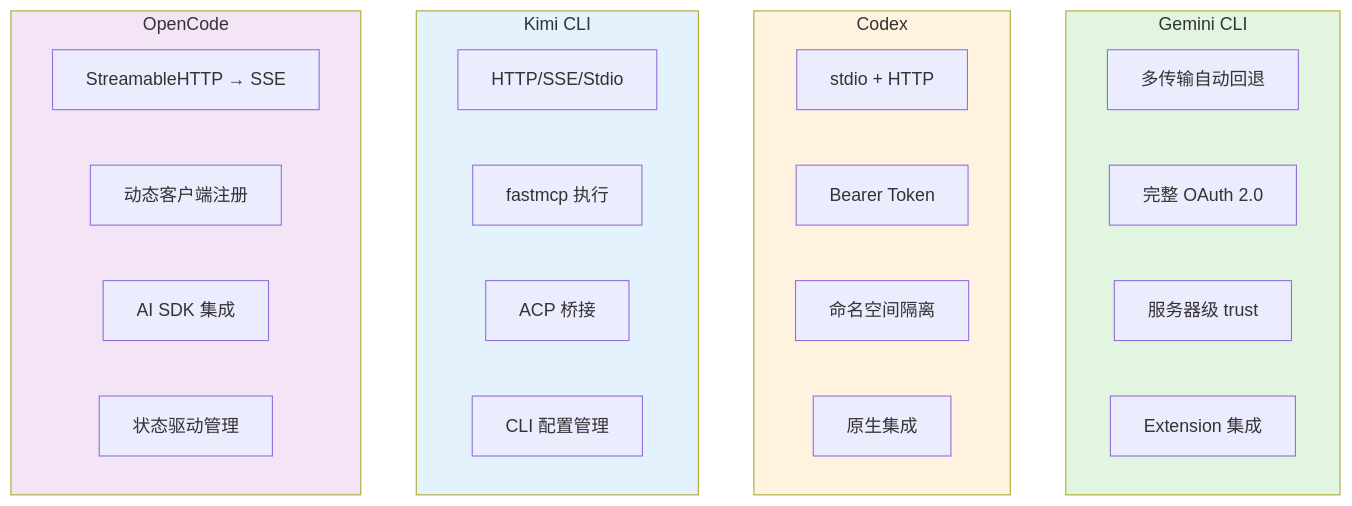
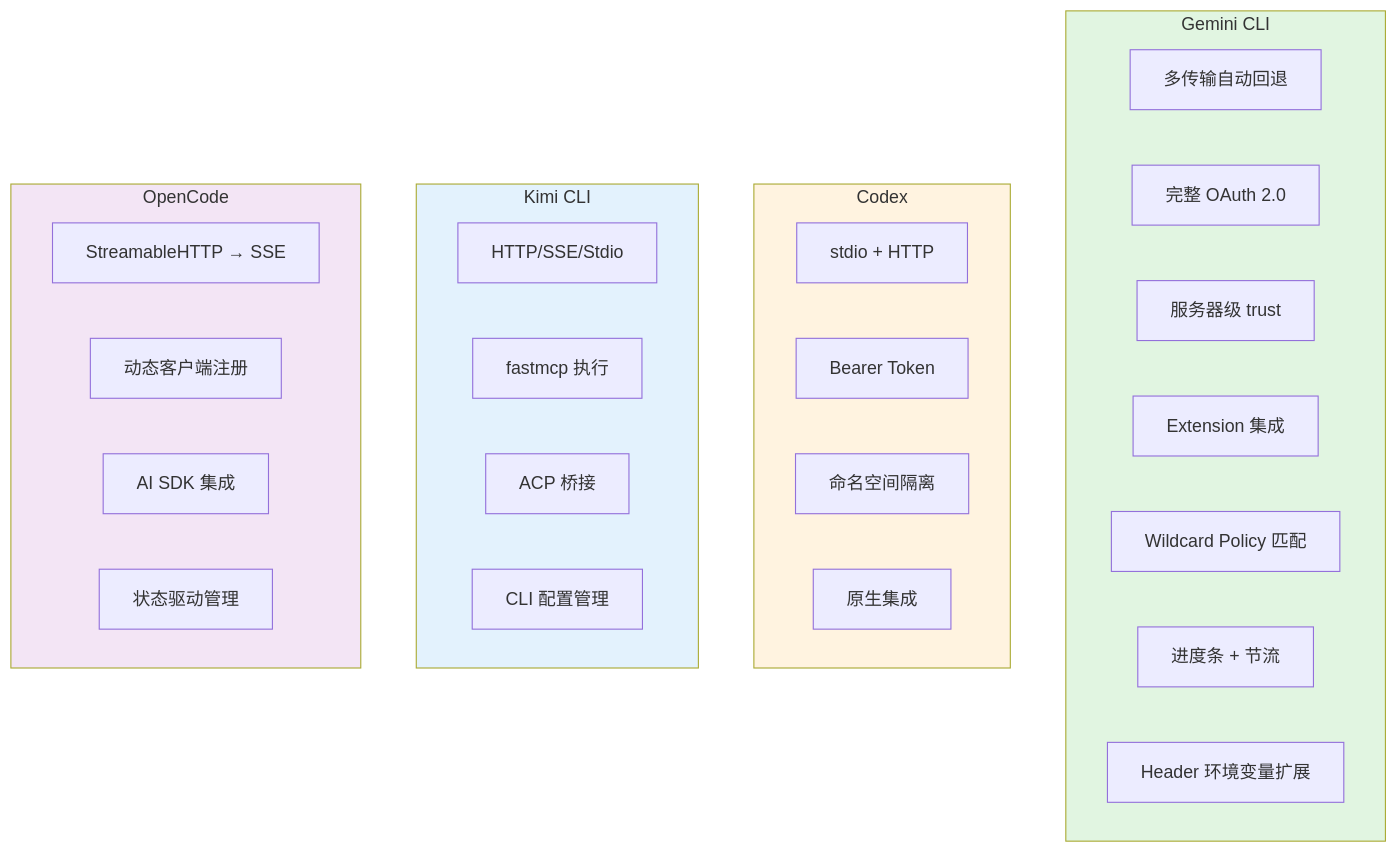
The tenth of 10 diagrams in docs/gemini-cli/06-gemini-cli-mcp-integration.md (giraffe-tree/agent-base), drawn with Mermaid before and after one commit. The commit also changed other lines of this file and 15 other files, not shown here.

````diff
--- a/docs/gemini-cli/06-gemini-cli-mcp-integration.md
+++ b/docs/gemini-cli/06-gemini-cli-mcp-integration.md
@@ -749,35 +1045,38 @@
 ```mermaid
 flowchart TD
     subgraph Gemini["Gemini CLI"]
         G1[多传输自动回退]
         G2[完整 OAuth 2.0]
         G3[服务器级 trust]
         G4[Extension 集成]
+        G5[Wildcard Policy 匹配]
+        G6[进度条 + 节流]
+        G7[Header 环境变量扩展]
     end
 
     subgraph Codex["Codex"]
         C1[stdio + HTTP]
         C2[Bearer Token]
         C3[命名空间隔离]
         C4[原生集成]
     end
 
     subgraph Kimi["Kimi CLI"]
         K1[HTTP/SSE/Stdio]
         K2[fastmcp 执行]
         K3[ACP 桥接]
         K4[CLI 配置管理]
     end
 
     subgraph OpenCode["OpenCode"]
         O1[StreamableHTTP → SSE]
         O2[动态客户端注册]
         O3[AI SDK 集成]
         O4[状态驱动管理]
     end
 
     style Gemini fill:#e1f5e1
     style Codex fill:#fff3e0
     style Kimi fill:#e3f2fd
     style OpenCode fill:#f3e5f5
 ```
````
